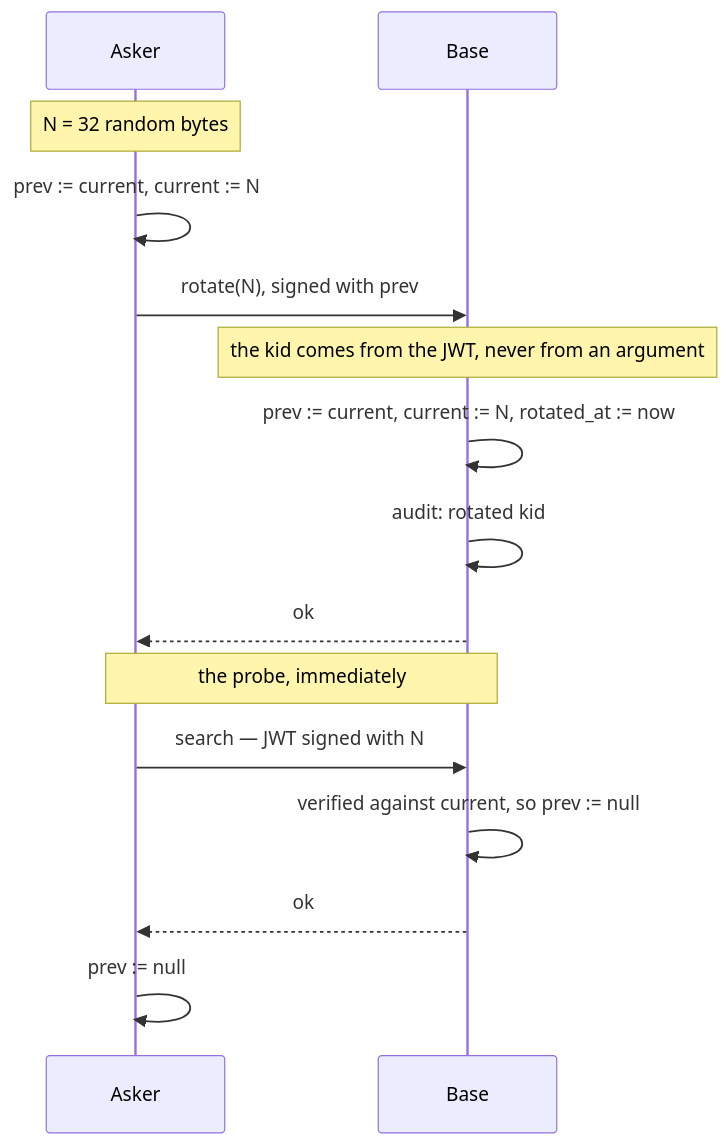
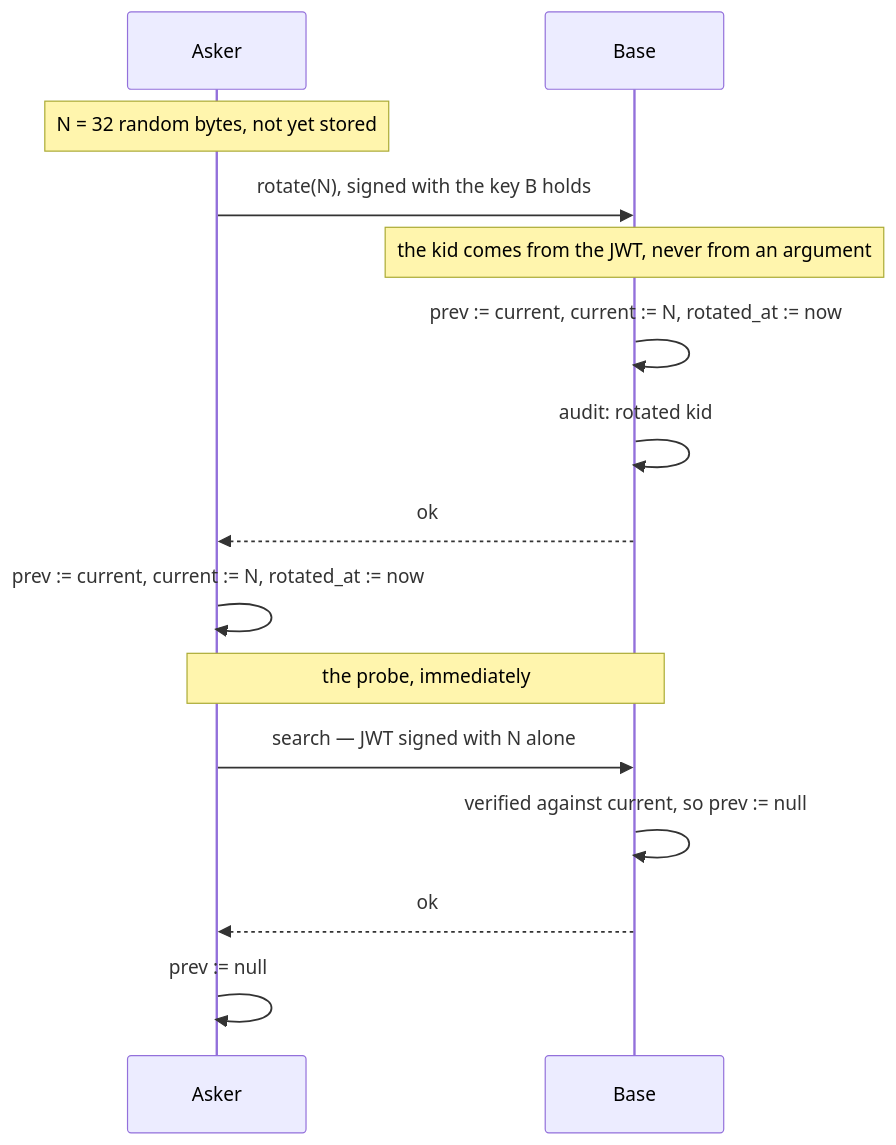
Before and after one commit to trip2g/trip2g: the first of 2 diagrams in docs/dev/federation_key_rotation.md, drawn with Mermaid. The commit also changed other lines of this file and 79 other files, not shown here.

First line of the commit message:
feat(federation): rotate a pairing's shared key, starting with the one handed over (#326)

````diff
--- a/docs/dev/federation_key_rotation.md
+++ b/docs/dev/federation_key_rotation.md
@@ -103,18 +103,18 @@
 ```mermaid
 sequenceDiagram
     participant A as Asker
     participant B as Base
 
-    Note over A: N = 32 random bytes
-    A->>A: prev := current, current := N
-    A->>B: rotate(N), signed with prev
+    Note over A: N = 32 random bytes, not yet stored
+    A->>B: rotate(N), signed with the key B holds
     Note over B: the kid comes from the JWT, never from an argument
     B->>B: prev := current, current := N, rotated_at := now
     B->>B: audit: rotated kid
     B-->>A: ok
+    A->>A: prev := current, current := N, rotated_at := now
     Note over A,B: the probe, immediately
-    A->>B: search — JWT signed with N
+    A->>B: search — JWT signed with N alone
     B->>B: verified against current, so prev := null
     B-->>A: ok
     A->>A: prev := null
 ```
````
